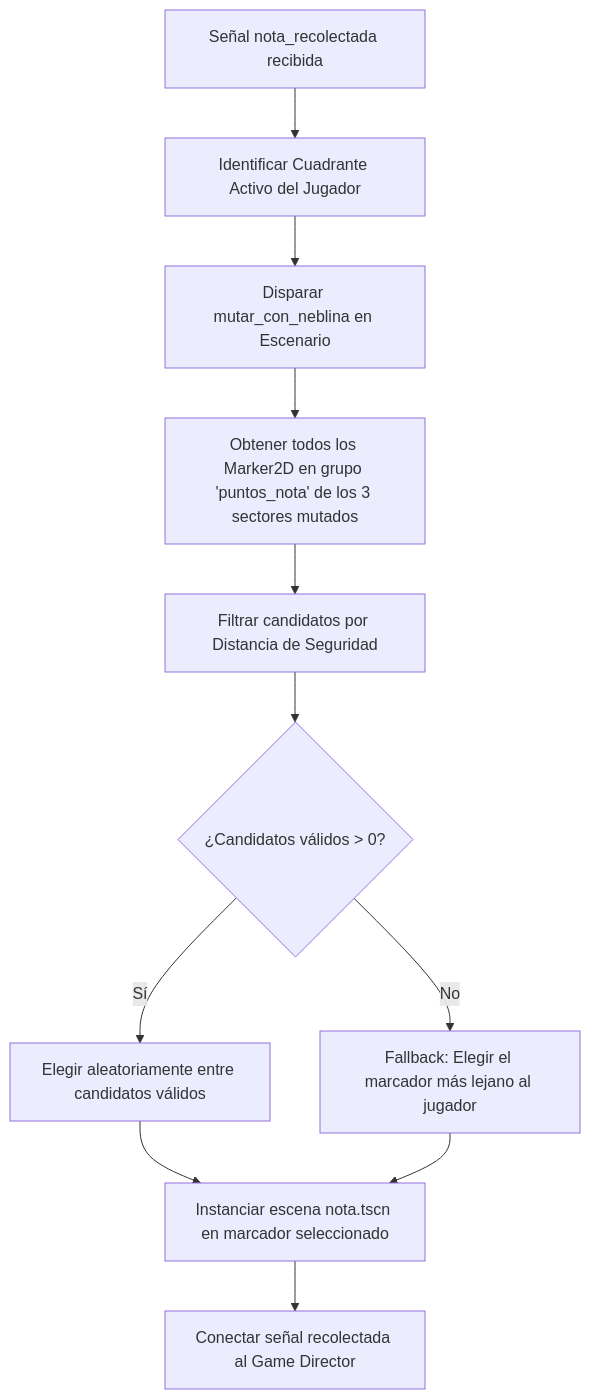
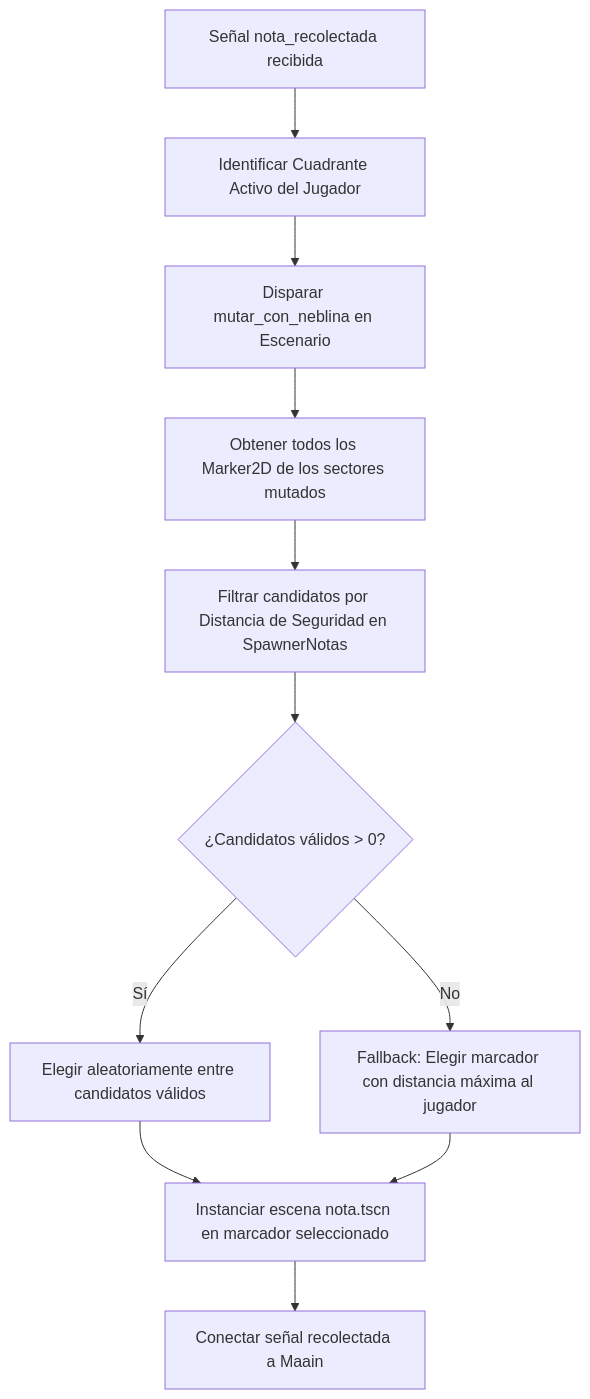
Before and after one commit to EmGamex/vosque: the diagram in docs/gameplay/sistema_de_notas_y_spawner.md, drawn with Mermaid. The commit also changed other lines of this file and 16 other files, not shown here.

````diff
--- a/docs/gameplay/sistema_de_notas_y_spawner.md
+++ b/docs/gameplay/sistema_de_notas_y_spawner.md
@@ -69,13 +75,13 @@
 ```mermaid
 flowchart TD
     A[Señal nota_recolectada recibida] --> B[Identificar Cuadrante Activo del Jugador]
     B --> C[Disparar mutar_con_neblina en Escenario]
-    C --> D[Obtener todos los Marker2D en grupo 'puntos_nota' de los 3 sectores mutados]
-    D --> E[Filtrar candidatos por Distancia de Seguridad]
+    C --> D[Obtener todos los Marker2D de los sectores mutados]
+    D --> E[Filtrar candidatos por Distancia de Seguridad en SpawnerNotas]
     E --> F{¿Candidatos válidos > 0?}
     F -- Sí --> G[Elegir aleatoriamente entre candidatos válidos]
-    F -- No --> H[Fallback: Elegir el marcador más lejano al jugador]
+    F -- No --> H[Fallback: Elegir marcador con distancia máxima al jugador]
     G --> I[Instanciar escena nota.tscn en marcador seleccionado]
     H --> I
-    I --> J[Conectar señal recolectada al Game Director]
+    I --> J[Conectar señal recolectada a Maain]
 ```
````
